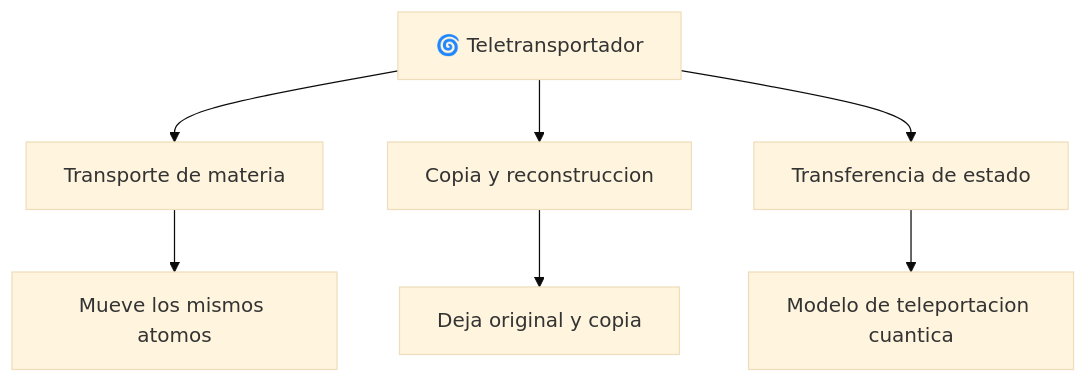
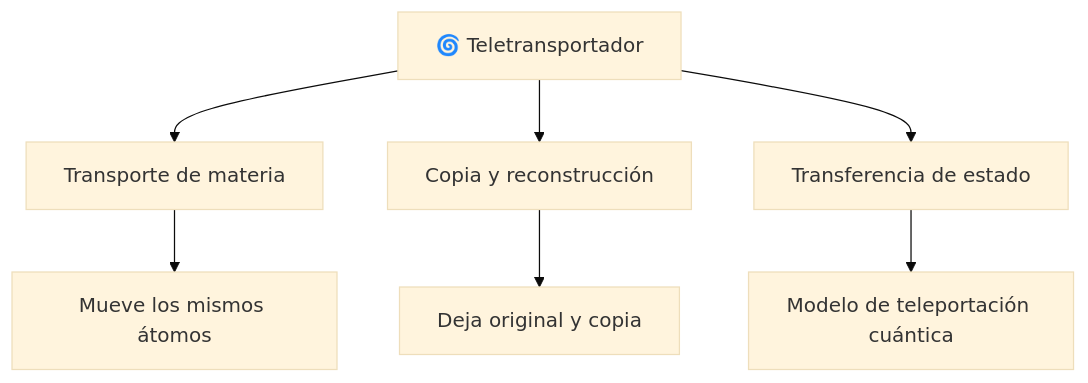
The diagram in vehiculos-fantasticos/teletransportador/operacion/caracteristicas-teletransportador.md (vladimiracunadev-create/machine-operator-program), drawn with Mermaid (base theme) before and after one commit. The commit also changed other lines of this file and 442 other files, not shown here.

````diff
--- a/vehiculos-fantasticos/teletransportador/operacion/caracteristicas-teletransportador.md
+++ b/vehiculos-fantasticos/teletransportador/operacion/caracteristicas-teletransportador.md
@@ -38,9 +38,9 @@
 ```mermaid
 flowchart TD
     Tele[🌀 Teletransportador] --> Mueve[Transporte de materia]
-    Tele --> Copia[Copia y reconstruccion]
+    Tele --> Copia[Copia y reconstrucción]
     Tele --> Estado[Transferencia de estado]
-    Mueve --> Directo[Mueve los mismos atomos]
+    Mueve --> Directo[Mueve los mismos átomos]
     Copia --> Doble[Deja original y copia]
-    Estado --> Cuantico[Modelo de teleportacion cuantica]
+    Estado --> Cuantico[Modelo de teleportación cuántica]
 ```
````
